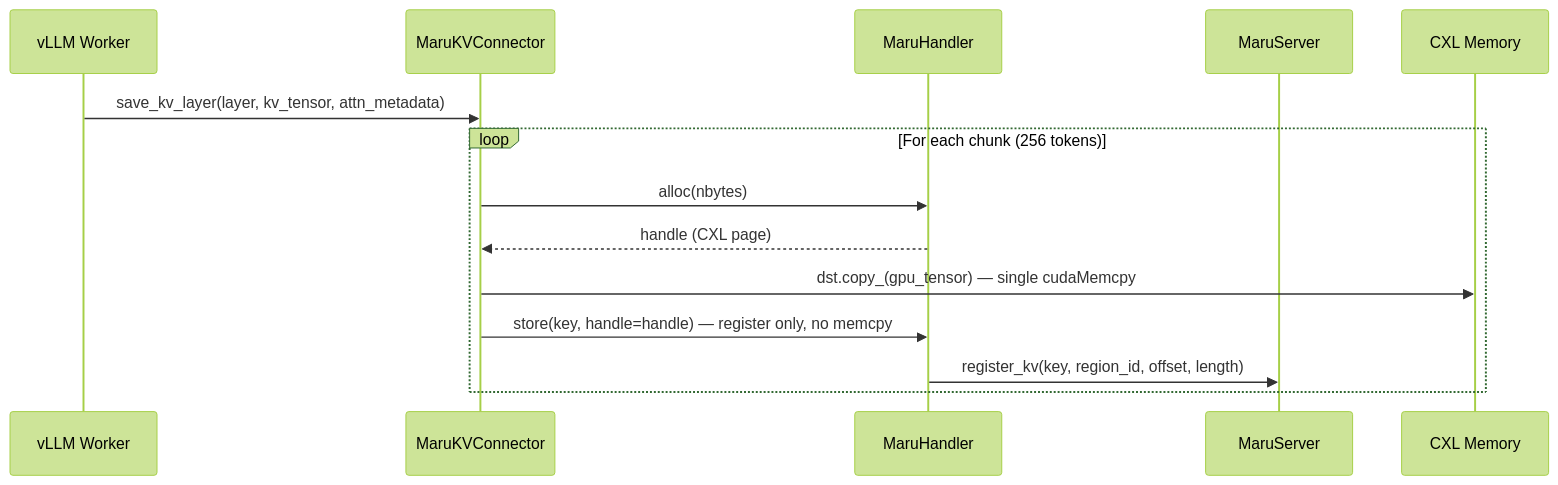
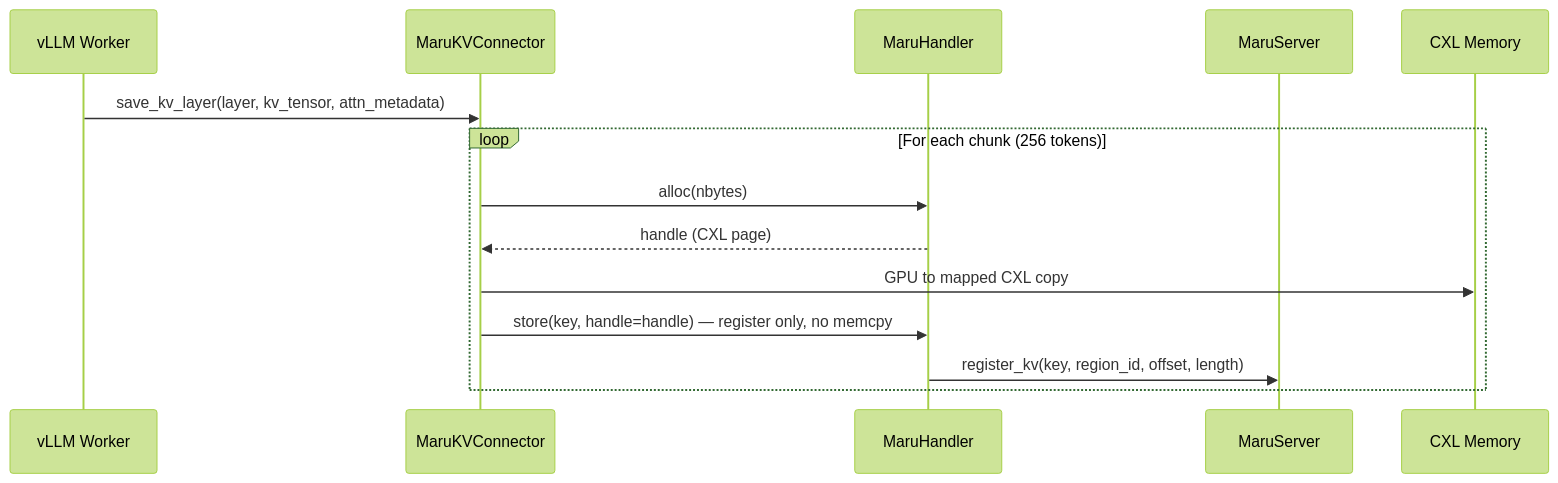
Before and after one commit to xcena-dev/maru: the second of 3 diagrams in docs/source/integration/vllm.md, drawn with Mermaid (forest theme). The commit also changed other lines of this file and 13 other files, not shown here.

````diff
--- a/docs/source/integration/vllm.md
+++ b/docs/source/integration/vllm.md
@@ -74,17 +76,17 @@
 ```mermaid
 sequenceDiagram
     participant vLLM as vLLM Worker
     participant MKV as MaruKVConnector
     participant MH as MaruHandler
     participant MS as MaruServer
     participant CXL as CXL Memory
 
     vLLM->>MKV: save_kv_layer(layer, kv_tensor, attn_metadata)
     loop For each chunk (256 tokens)
         MKV->>MH: alloc(nbytes)
         MH-->>MKV: handle (CXL page)
-        MKV->>CXL: dst.copy_(gpu_tensor) — single cudaMemcpy
+        MKV->>CXL: GPU to mapped CXL copy
         MKV->>MH: store(key, handle=handle) — register only, no memcpy
         MH->>MS: register_kv(key, region_id, offset, length)
     end
 ```
````
